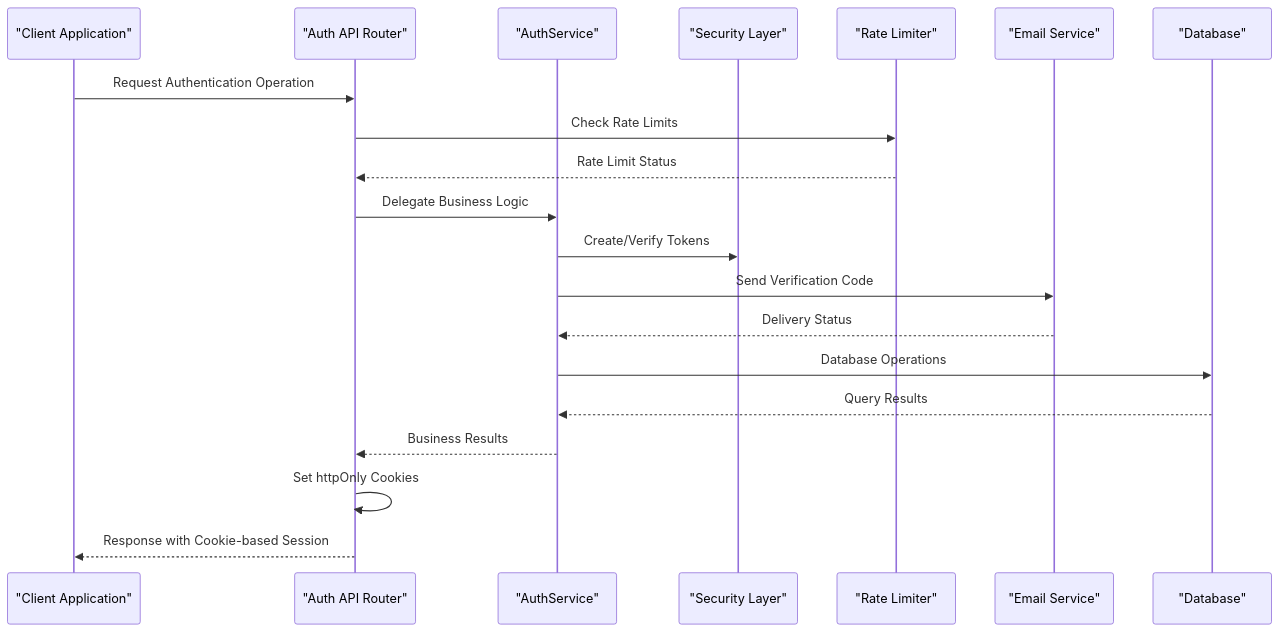
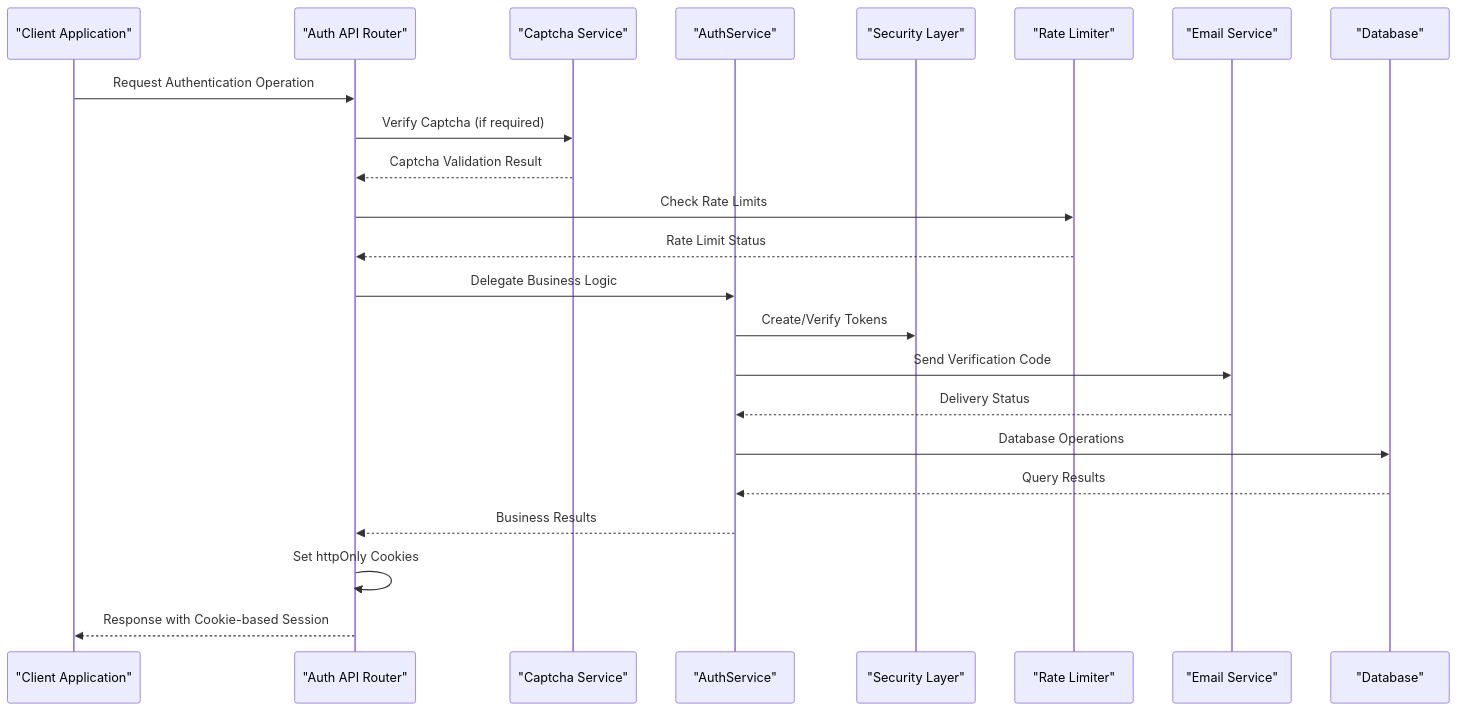
The second of 5 diagrams in .qoder/repowiki/en/content/Backend System/API Endpoints Reference/Authentication Endpoints.md (rainRise/aidiary), drawn with Mermaid before and after one commit. The commit also changed other lines of this file and 16 other files, not shown here.

````diff
--- a/.qoder/repowiki/en/content/Backend System/API Endpoints Reference/Authentication Endpoints.md
+++ b/.qoder/repowiki/en/content/Backend System/API Endpoints Reference/Authentication Endpoints.md
@@ -126,22 +142,25 @@
 ```mermaid
 sequenceDiagram
 participant Client as "Client Application"
 participant API as "Auth API Router"
+participant Captcha as "Captcha Service"
 participant Service as "AuthService"
 participant Security as "Security Layer"
 participant RateLimit as "Rate Limiter"
 participant Email as "Email Service"
 participant DB as "Database"
 Client->>API : Request Authentication Operation
+API->>Captcha : Verify Captcha (if required)
+Captcha-->>API : Captcha Validation Result
 API->>RateLimit : Check Rate Limits
 RateLimit-->>API : Rate Limit Status
 API->>Service : Delegate Business Logic
 Service->>Security : Create/Verify Tokens
 Service->>Email : Send Verification Code
 Email-->>Service : Delivery Status
 Service->>DB : Database Operations
 DB-->>Service : Query Results
 Service-->>API : Business Results
 API->>API : Set httpOnly Cookies
 API-->>Client : Response with Cookie-based Session
 ```
````
